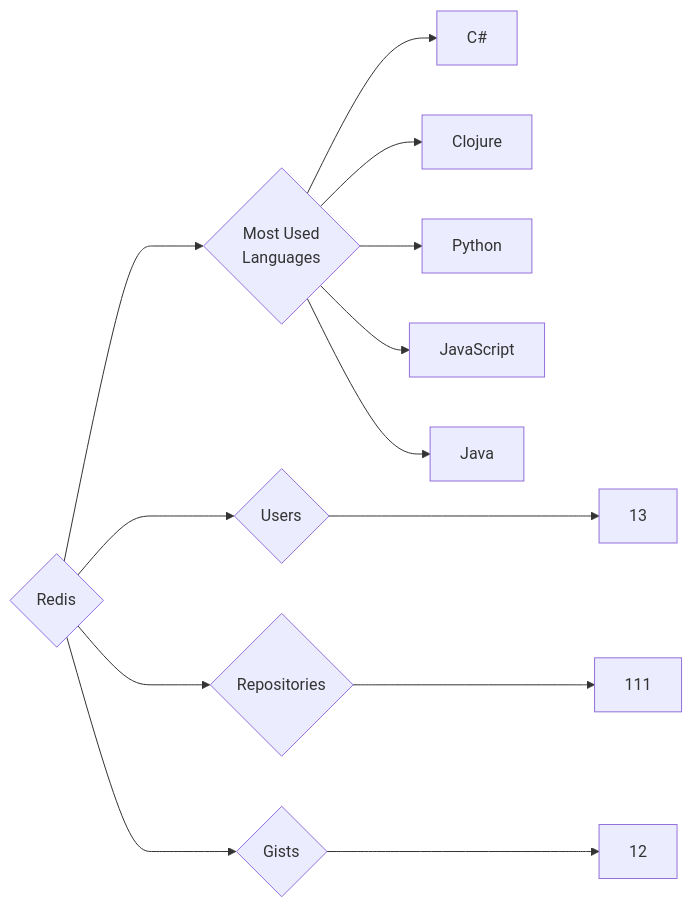
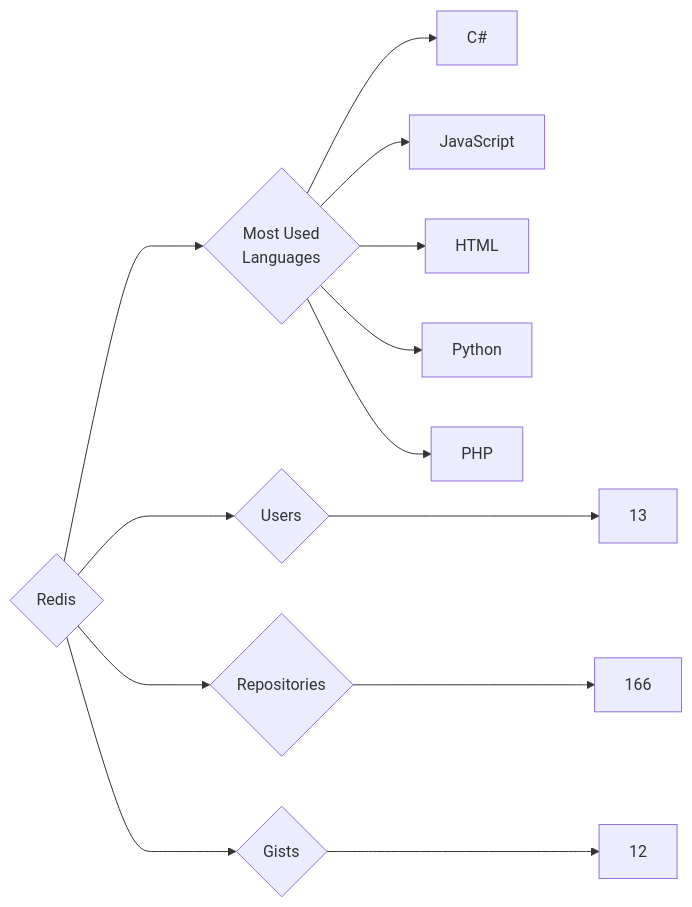
The diagram in targets/Redis/README.md (trickest/insiders), drawn with Mermaid before and after one commit. The commit also changed 823 other files, not shown here.

````diff
--- a/targets/Redis/README.md
+++ b/targets/Redis/README.md
@@ -3,13 +3,13 @@
 ```mermaid
 graph LR
 COMPANY_NAME{Redis}
 COMPANY_NAME ---> U{Users} ---> UN[13]
-COMPANY_NAME ---> R{Repositories} ---> RN[111]
+COMPANY_NAME ---> R{Repositories} ---> RN[166]
 COMPANY_NAME ---> G{Gists} ---> GN[12]
 COMPANY_NAME ---> ML{Most Used<br>Languages}
 ML --> C#[C#]
-ML --> Clojure[Clojure]
+ML --> JavaScript[JavaScript]
+ML --> HTML[HTML]
 ML --> Python[Python]
-ML --> JavaScript[JavaScript]
-ML --> Java[Java]
+ML --> PHP[PHP]
 ```
````
